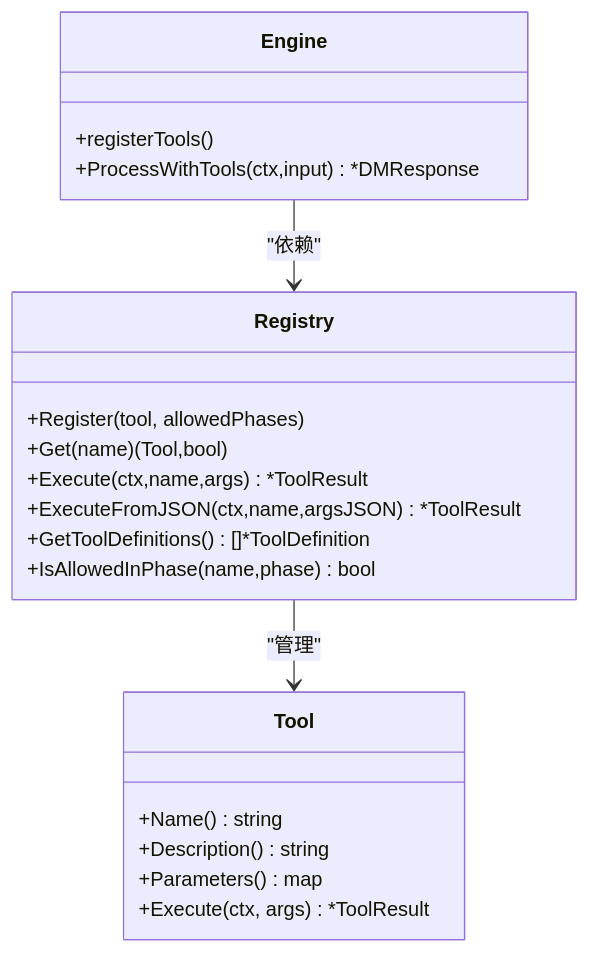
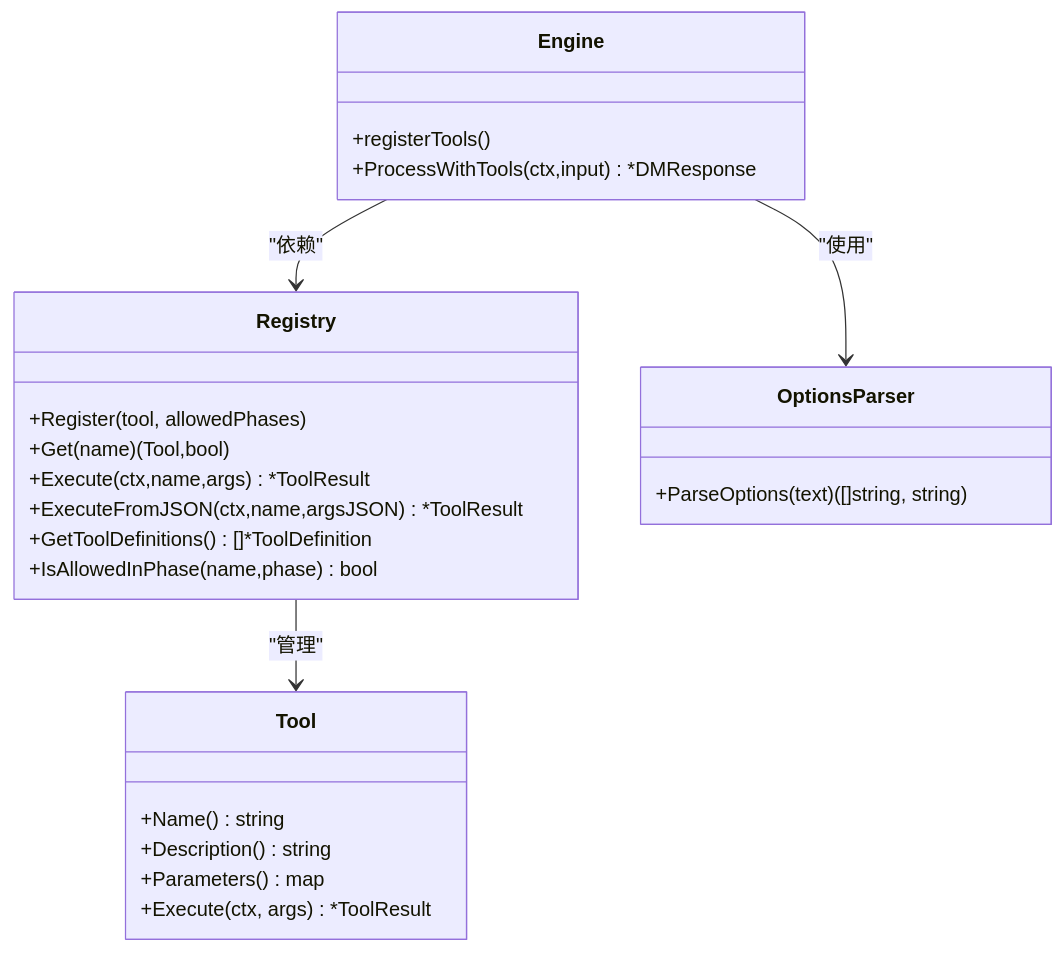
Before and after one commit to zwh8800/cdnd: the sixth of 12 diagrams in .qoder/repowiki/zh/content/游戏引擎架构/游戏引擎架构.md, drawn with Mermaid. The commit also changed other lines of this file and 6 other files, not shown here.

````diff
--- a/.qoder/repowiki/zh/content/游戏引擎架构/游戏引擎架构.md
+++ b/.qoder/repowiki/zh/content/游戏引擎架构/游戏引擎架构.md
@@ -301,23 +330,27 @@
 ```mermaid
 classDiagram
 class Tool {
 +Name() string
 +Description() string
 +Parameters() map
 +Execute(ctx, args) *ToolResult
 }
 class Registry {
 +Register(tool, allowedPhases)
 +Get(name) (Tool,bool)
 +Execute(ctx,name,args) *ToolResult
 +ExecuteFromJSON(ctx,name,argsJSON) *ToolResult
 +GetToolDefinitions() []*ToolDefinition
 +IsAllowedInPhase(name,phase) bool
 }
 class Engine {
 +registerTools()
 +ProcessWithTools(ctx,input) *DMResponse
 }
+class OptionsParser {
++ParseOptions(text) ([]string, string)
+}
 Registry --> Tool : "管理"
 Engine --> Registry : "依赖"
+Engine --> OptionsParser : "使用"
 ```
````
